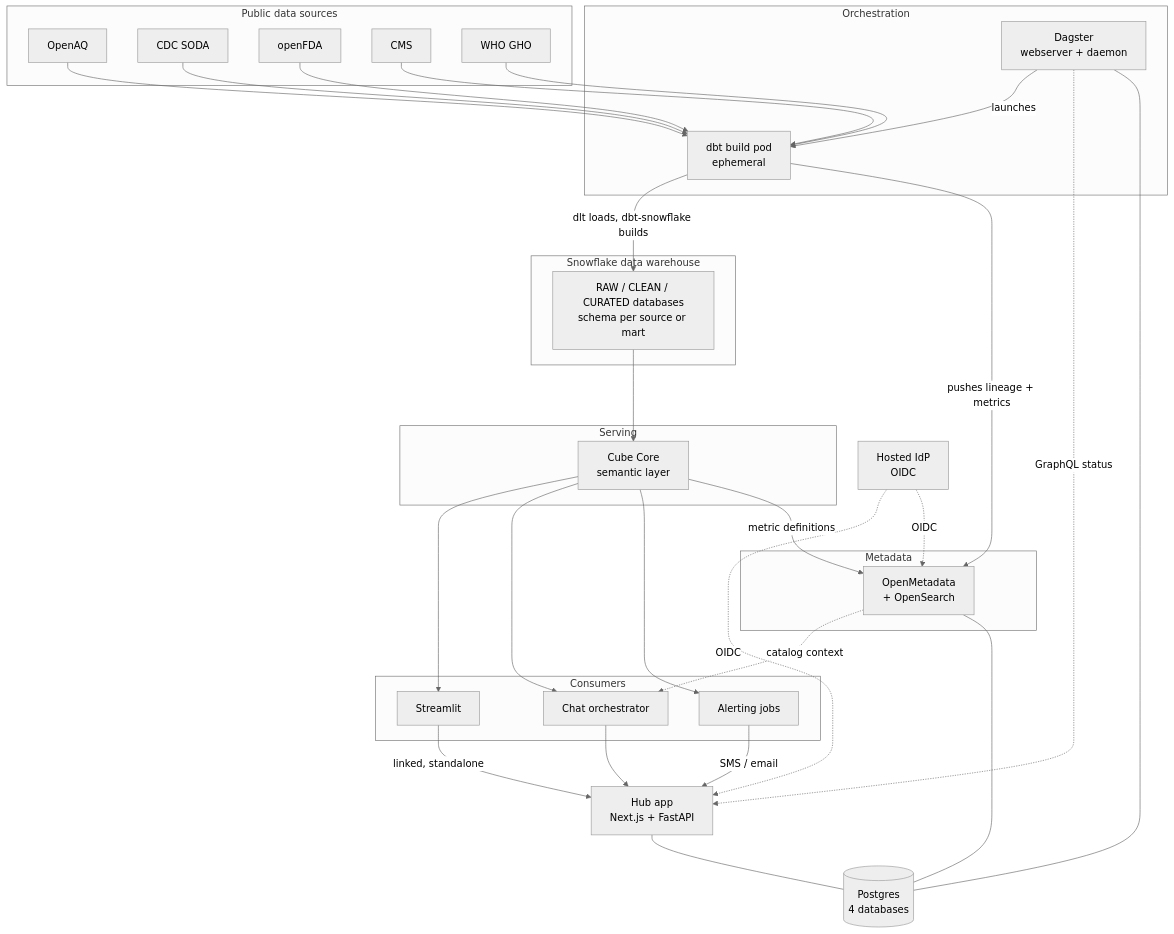
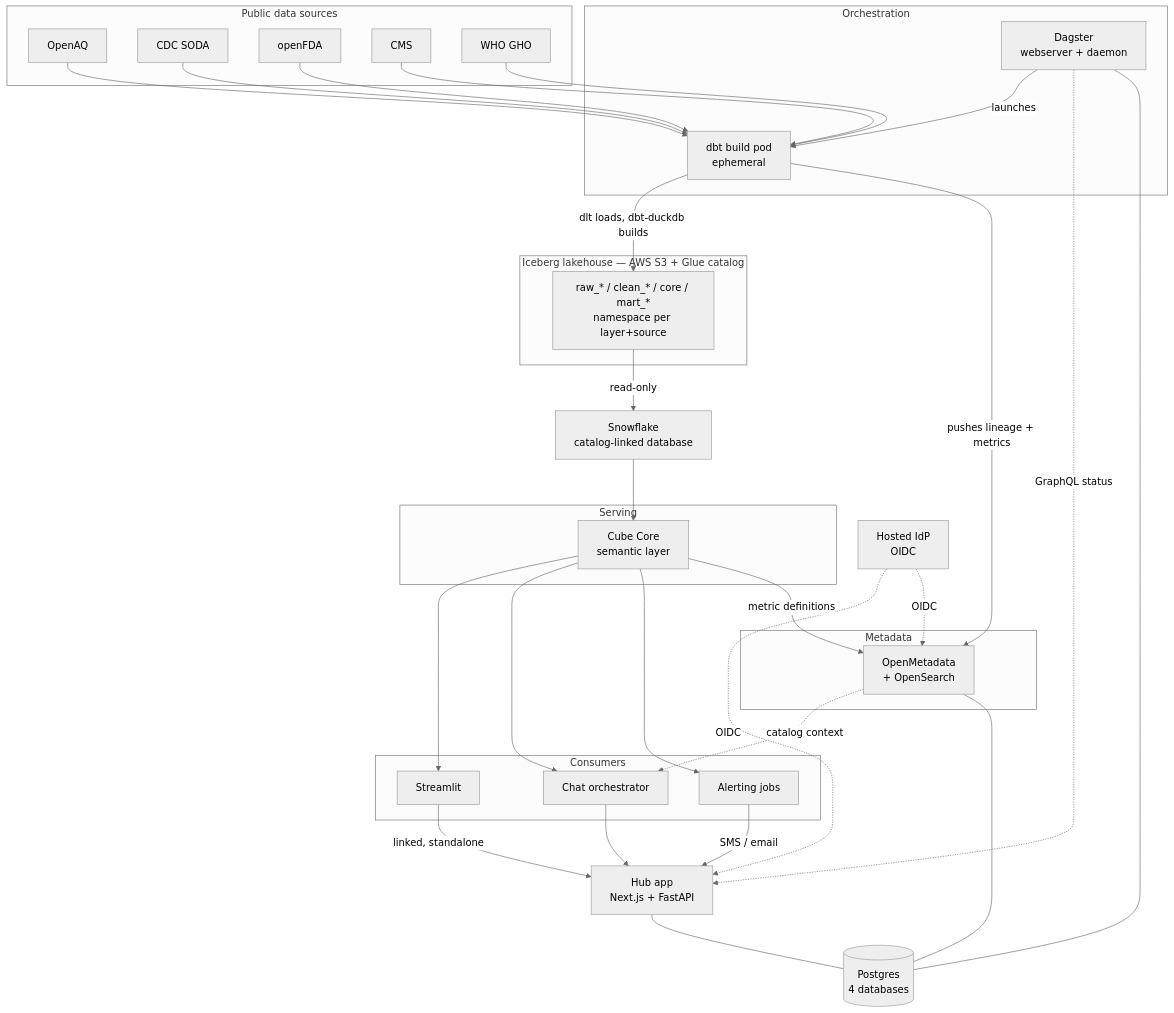
Before and after one commit to kgmcquate/open-health-data-platform: the first of 3 diagrams in docs/ARCHITECTURE.md, drawn with Mermaid (neutral theme). The commit also changed other lines of this file and 111 other files, not shown here.

````diff
--- a/docs/ARCHITECTURE.md
+++ b/docs/ARCHITECTURE.md
@@ -35,57 +35,60 @@
 ```mermaid
 flowchart TB
     subgraph external["Public data sources"]
         S1["OpenAQ"]
         S2["CDC SODA"]
         S3["openFDA"]
         S4["CMS"]
         S5["WHO GHO"]
     end
 
     subgraph orchestration["Orchestration"]
         DAG["Dagster<br/>webserver + daemon"]
         BUILD["dbt build pod<br/>ephemeral"]
     end
 
-    subgraph storage["Snowflake data warehouse"]
-        SNOW["RAW / CLEAN / CURATED databases<br/>schema per source or mart"]
+    subgraph storage["Iceberg lakehouse — AWS S3 + Glue catalog"]
+        LAKE["raw_* / clean_* / core / mart_*<br/>namespace per layer+source"]
     end
 
     subgraph serving["Serving"]
         CUBE["Cube Core<br/>semantic layer"]
     end
 
     subgraph consumers["Consumers"]
         DASH["Streamlit"]
         BOT["Chat orchestrator"]
         ALERT["Alerting jobs"]
     end
 
     subgraph meta["Metadata"]
         OM["OpenMetadata<br/>+ OpenSearch"]
     end
 
     APP["Hub app<br/>Next.js + FastAPI"]
     IDP["Hosted IdP<br/>OIDC"]
     PG[("Postgres<br/>4 databases")]
 
+    SNOW["Snowflake<br/>catalog-linked database"]
+
     S1 & S2 & S3 & S4 & S5 --> BUILD
     DAG -->|launches| BUILD
-    BUILD -->|dlt loads, dbt-snowflake builds| SNOW
+    BUILD -->|dlt loads, dbt-duckdb builds| LAKE
+    LAKE -->|read-only| SNOW
     SNOW --> CUBE
     CUBE --> DASH
     CUBE --> BOT
     CUBE --> ALERT
     ALERT -->|SMS / email| APP
     BOT --> APP
     DASH -->|linked, standalone| APP
     DAG -.->|GraphQL status| APP
     OM -.->|catalog context| BOT
     BUILD -->|pushes lineage + metrics| OM
     CUBE -->|metric definitions| OM
     IDP -.->|OIDC| APP
     IDP -.->|OIDC| OM
     DAG --- PG
     OM --- PG
     APP --- PG
 ```
````
